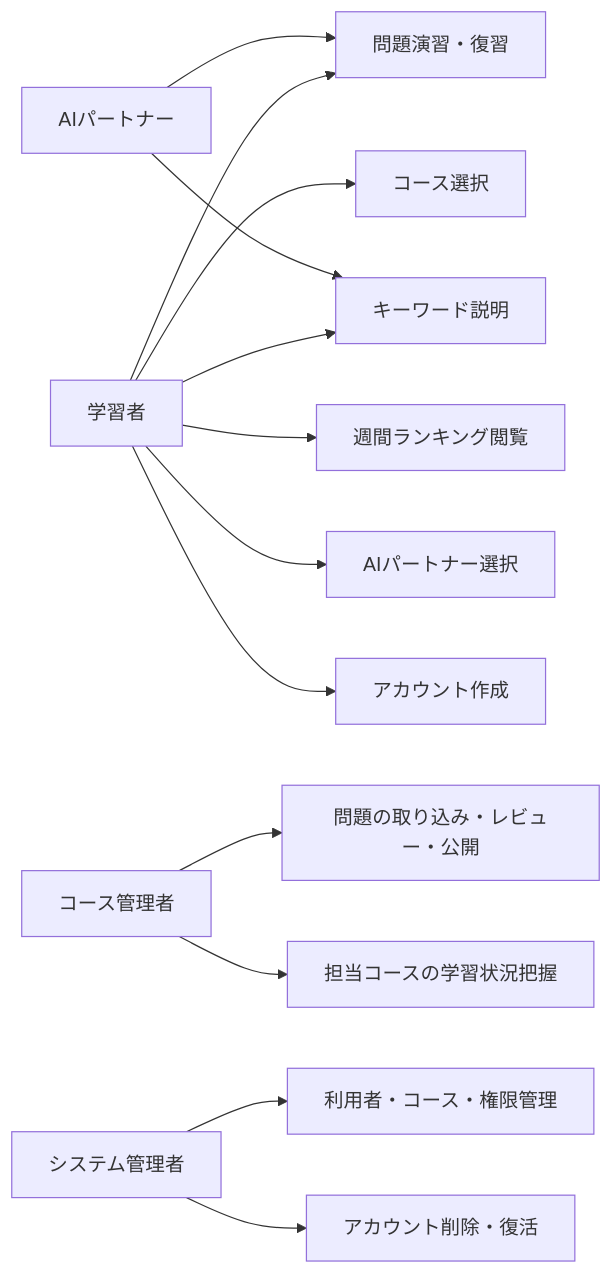
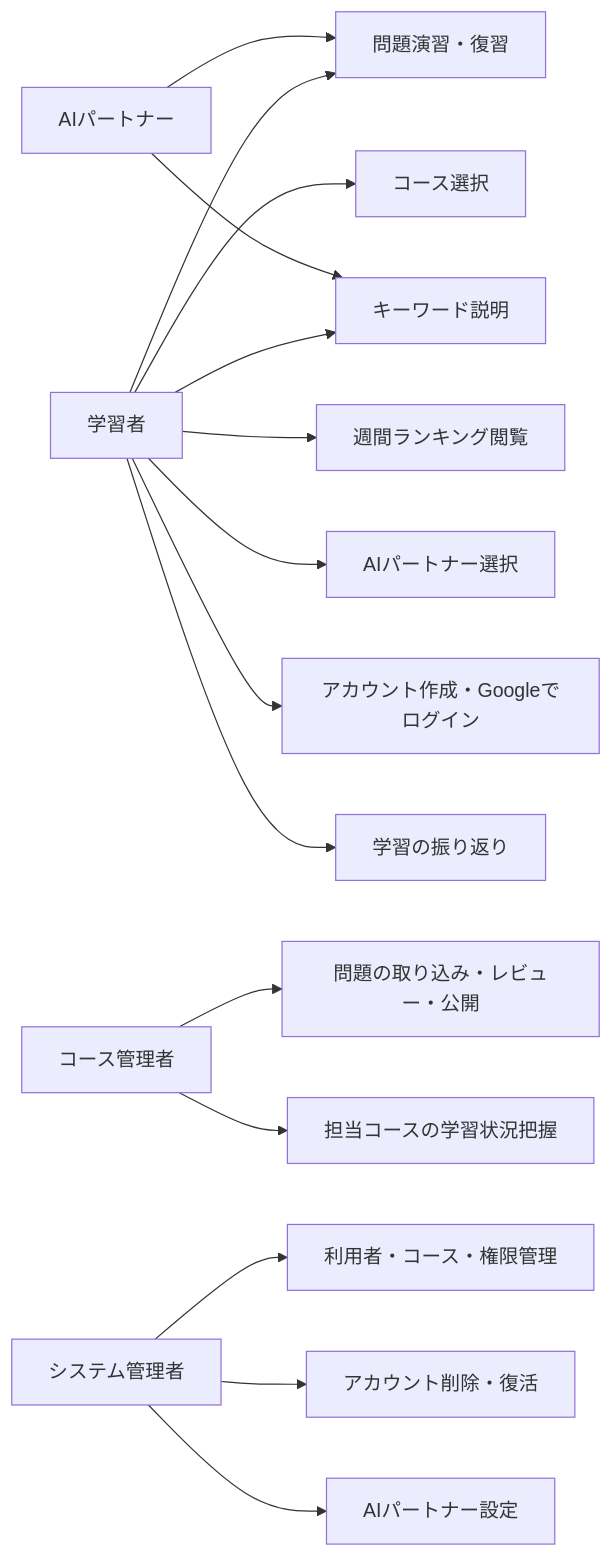
Before and after one commit to pocarialice/rpglearning: the second of 11 diagrams in documents/要件定義書_RPG学習アプリ.md, drawn with Mermaid. The commit also changed other lines of this file and 1 other file, not shown here.

````diff
--- a/documents/要件定義書_RPG学習アプリ.md
+++ b/documents/要件定義書_RPG学習アプリ.md
@@ -79,15 +79,17 @@
 ```mermaid
 flowchart LR
   L[学習者] --> C1[コース選択]
   L --> C2[問題演習・復習]
   L --> C3[キーワード説明]
   L --> C4[週間ランキング閲覧]
   L --> C5[AIパートナー選択]
-  L --> C6[アカウント作成]
+  L --> C6[アカウント作成・Googleでログイン]
+  L --> C7[学習の振り返り]
   CM[コース管理者] --> D1[問題の取り込み・レビュー・公開]
   CM --> D2[担当コースの学習状況把握]
   SA[システム管理者] --> E1[利用者・コース・権限管理]
   SA --> E2[アカウント削除・復活]
+  SA --> E3[AIパートナー設定]
   AI[AIパートナー] --> C2
   AI --> C3
 ```
````
